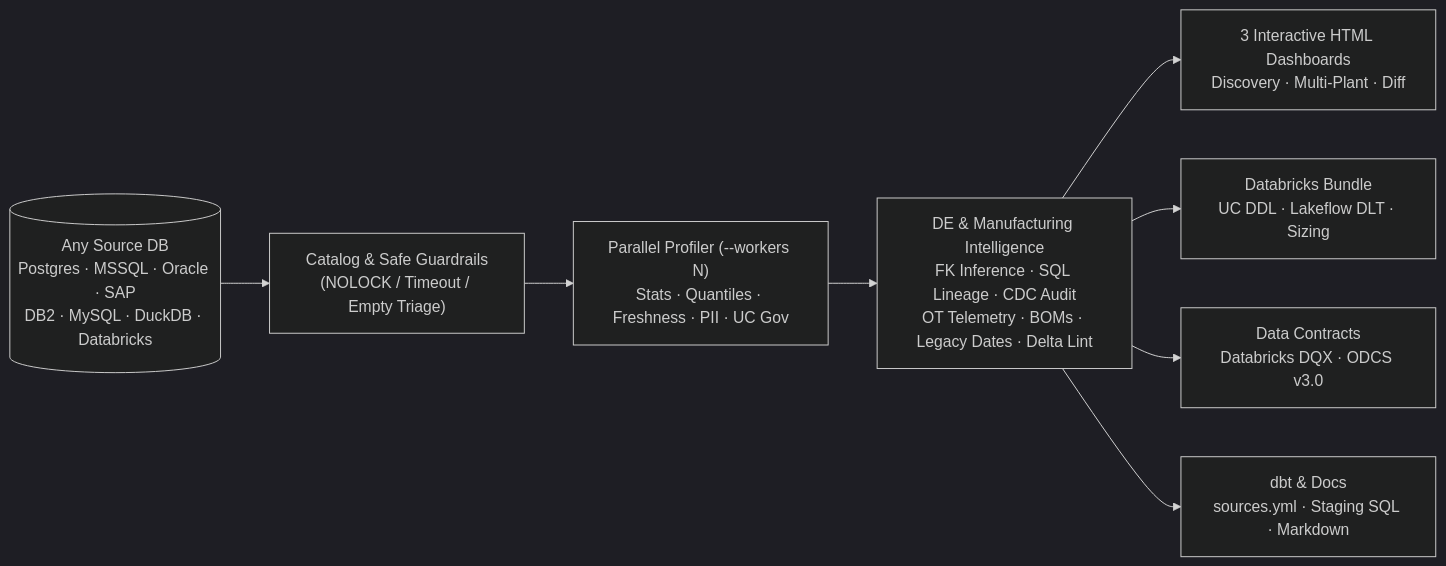
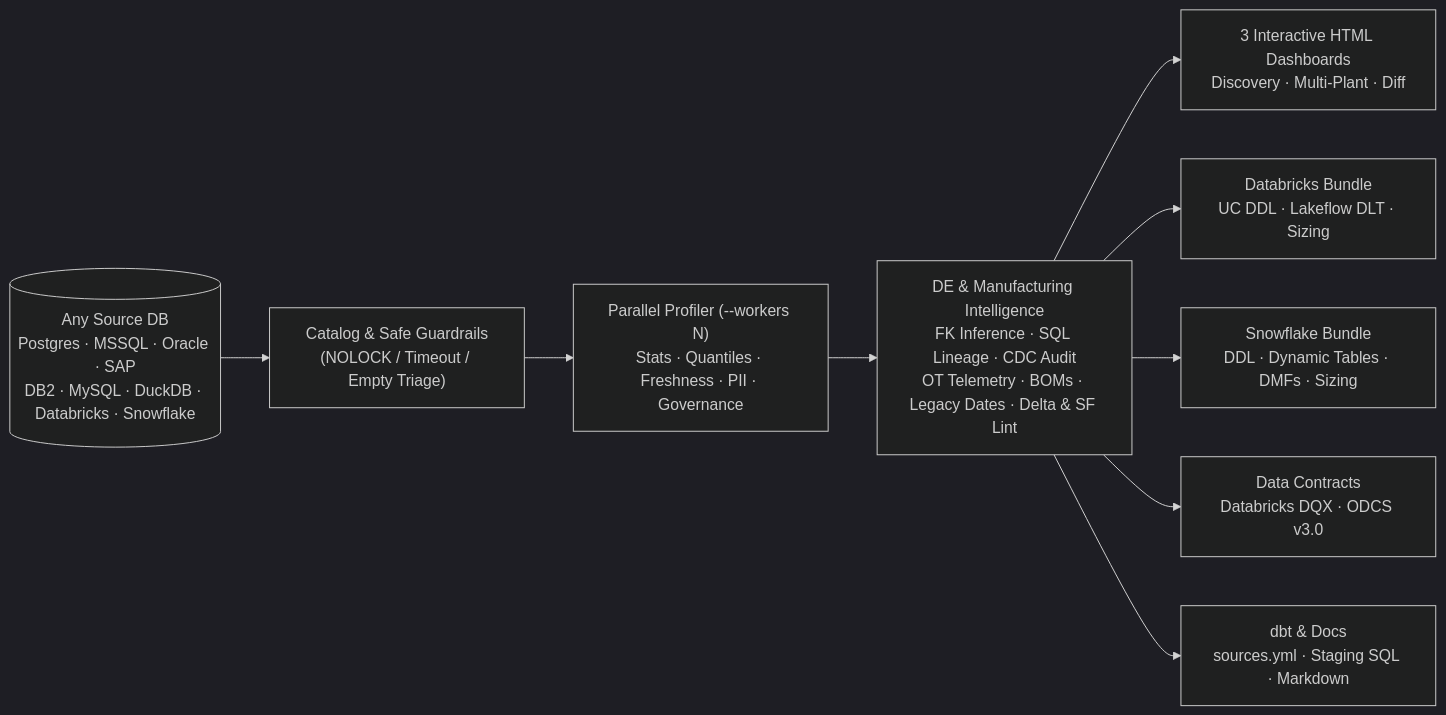
Before and after one commit to henrikbernard/tick: the diagram in README.md, drawn with Mermaid (dark theme). The commit also changed other lines of this file and 18 other files, not shown here.

Commit message:
feat(snowflake): add first-class Snowflake source, linter, exporters, harmonization & CLI (v0.4.0)

````diff
--- a/README.md
+++ b/README.md
@@ -9,10 +9,11 @@
 ```mermaid
 flowchart LR
-    SRC[("Any Source DB\nPostgres · MSSQL · Oracle · SAP\nDB2 · MySQL · DuckDB · Databricks")] --> CAT["Catalog & Safe Guardrails\n(NOLOCK / Timeout / Empty Triage)"]
-    CAT --> PROF["Parallel Profiler (--workers N)\nStats · Quantiles · Freshness · PII · UC Gov"]
-    PROF --> INT["DE & Manufacturing Intelligence\nFK Inference · SQL Lineage · CDC Audit\nOT Telemetry · BOMs · Legacy Dates · Delta Lint"]
+    SRC[("Any Source DB\nPostgres · MSSQL · Oracle · SAP\nDB2 · MySQL · DuckDB · Databricks · Snowflake")] --> CAT["Catalog & Safe Guardrails\n(NOLOCK / Timeout / Empty Triage)"]
+    CAT --> PROF["Parallel Profiler (--workers N)\nStats · Quantiles · Freshness · PII · Governance"]
+    PROF --> INT["DE & Manufacturing Intelligence\nFK Inference · SQL Lineage · CDC Audit\nOT Telemetry · BOMs · Legacy Dates · Delta & SF Lint"]
     INT --> HTML["3 Interactive HTML Dashboards\nDiscovery · Multi-Plant · Diff"]
     INT --> DBX["Databricks Bundle\nUC DDL · Lakeflow DLT · Sizing"]
+    INT --> SF["Snowflake Bundle\nDDL · Dynamic Tables · DMFs · Sizing"]
     INT --> CTR["Data Contracts\nDatabricks DQX · ODCS v3.0"]
     INT --> DBT["dbt & Docs\nsources.yml · Staging SQL · Markdown"]
 ```
````
